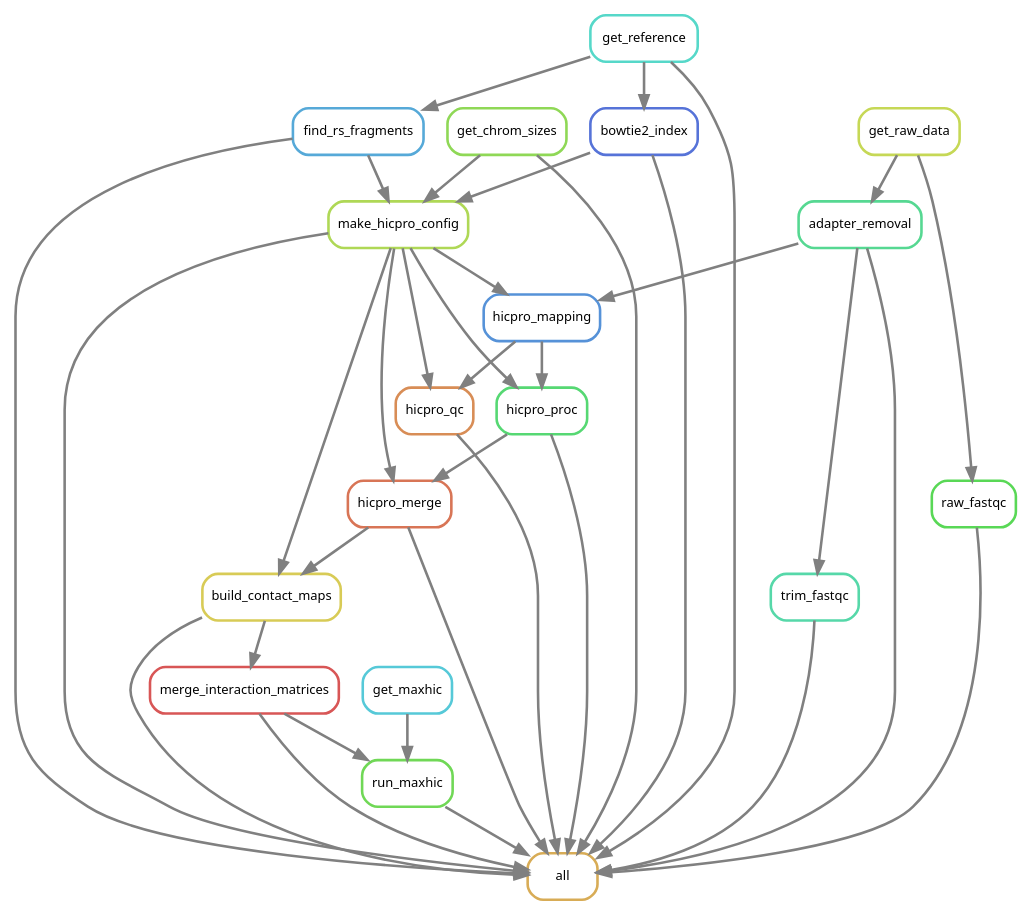
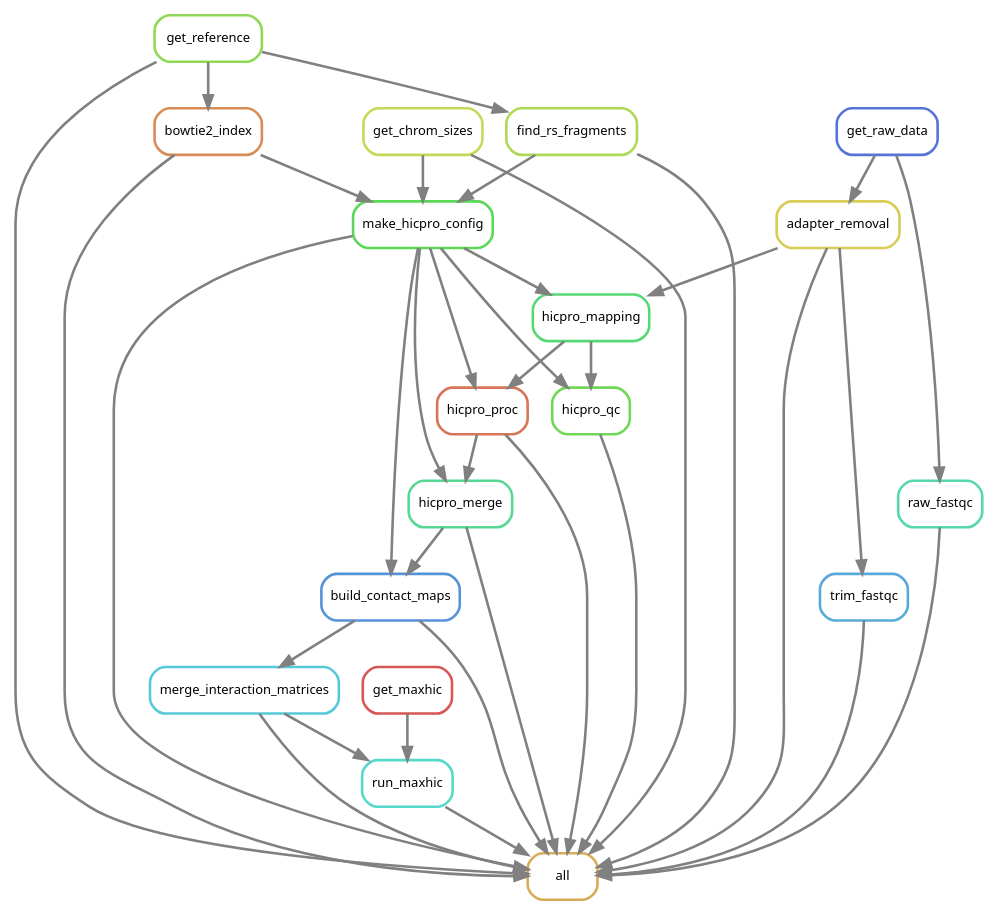
The diagram in output/rulegraph.dot (DRMCRL/ENCODE_T47D_HiC_ENCSR549MGQ), drawn with Graphviz before and after one commit. The commit also changed 2 other files, not shown here.

```diff
--- a/output/rulegraph.dot
+++ b/output/rulegraph.dot
@@ -1,58 +1,58 @@
 digraph snakemake_dag {
     graph[bgcolor=white, margin=0];
     node[shape=box, style=rounded, fontname=sans,                 fontsize=10, penwidth=2];
     edge[penwidth=2, color=grey];
 	0[label = "all", color = "0.11 0.6 0.85", style="rounded"];
-	1[label = "build_contact_maps", color = "0.15 0.6 0.85", style="rounded"];
-	2[label = "bowtie2_index", color = "0.63 0.6 0.85", style="rounded"];
-	3[label = "get_reference", color = "0.48 0.6 0.85", style="rounded"];
-	4[label = "raw_fastqc", color = "0.33 0.6 0.85", style="rounded"];
-	5[label = "adapter_removal", color = "0.41 0.6 0.85", style="rounded"];
-	6[label = "run_maxhic", color = "0.30 0.6 0.85", style="rounded"];
-	7[label = "trim_fastqc", color = "0.44 0.6 0.85", style="rounded"];
-	8[label = "hicpro_merge", color = "0.04 0.6 0.85", style="rounded"];
-	9[label = "make_hicpro_config", color = "0.22 0.6 0.85", style="rounded"];
-	10[label = "hicpro_proc", color = "0.37 0.6 0.85", style="rounded"];
-	11[label = "hicpro_qc", color = "0.07 0.6 0.85", style="rounded"];
-	12[label = "get_chrom_sizes", color = "0.26 0.6 0.85", style="rounded"];
-	13[label = "merge_interaction_matrices", color = "0.00 0.6 0.85", style="rounded"];
-	14[label = "find_rs_fragments", color = "0.56 0.6 0.85", style="rounded"];
-	15[label = "get_raw_data", color = "0.19 0.6 0.85", style="rounded"];
-	16[label = "get_maxhic", color = "0.52 0.6 0.85", style="rounded"];
-	17[label = "hicpro_mapping", color = "0.59 0.6 0.85", style="rounded"];
-	13 -> 0
-	8 -> 0
+	1[label = "build_contact_maps", color = "0.59 0.6 0.85", style="rounded"];
+	2[label = "raw_fastqc", color = "0.44 0.6 0.85", style="rounded"];
+	3[label = "trim_fastqc", color = "0.56 0.6 0.85", style="rounded"];
+	4[label = "bowtie2_index", color = "0.07 0.6 0.85", style="rounded"];
+	5[label = "adapter_removal", color = "0.15 0.6 0.85", style="rounded"];
+	6[label = "get_reference", color = "0.26 0.6 0.85", style="rounded"];
+	7[label = "run_maxhic", color = "0.48 0.6 0.85", style="rounded"];
+	8[label = "merge_interaction_matrices", color = "0.52 0.6 0.85", style="rounded"];
+	9[label = "hicpro_qc", color = "0.30 0.6 0.85", style="rounded"];
+	10[label = "find_rs_fragments", color = "0.22 0.6 0.85", style="rounded"];
+	11[label = "hicpro_proc", color = "0.04 0.6 0.85", style="rounded"];
+	12[label = "hicpro_merge", color = "0.41 0.6 0.85", style="rounded"];
+	13[label = "make_hicpro_config", color = "0.33 0.6 0.85", style="rounded"];
+	14[label = "get_chrom_sizes", color = "0.19 0.6 0.85", style="rounded"];
+	15[label = "get_raw_data", color = "0.63 0.6 0.85", style="rounded"];
+	16[label = "get_maxhic", color = "0.00 0.6 0.85", style="rounded"];
+	17[label = "hicpro_mapping", color = "0.37 0.6 0.85", style="rounded"];
 	11 -> 0
+	4 -> 0
+	5 -> 0
 	9 -> 0
-	12 -> 0
+	10 -> 0
 	6 -> 0
 	14 -> 0
-	4 -> 0
-	10 -> 0
-	5 -> 0
+	12 -> 0
 	7 -> 0
+	13 -> 0
+	2 -> 0
+	8 -> 0
 	3 -> 0
 	1 -> 0
-	2 -> 0
-	9 -> 1
-	8 -> 1
-	3 -> 2
-	15 -> 4
+	12 -> 1
+	13 -> 1
+	15 -> 2
+	5 -> 3
+	6 -> 4
 	15 -> 5
-	13 -> 6
-	16 -> 6
-	5 -> 7
-	10 -> 8
-	9 -> 8
-	14 -> 9
-	12 -> 9
-	2 -> 9
-	17 -> 10
-	9 -> 10
+	8 -> 7
+	16 -> 7
+	1 -> 8
+	13 -> 9
+	17 -> 9
+	6 -> 10
+	13 -> 11
 	17 -> 11
-	9 -> 11
-	1 -> 13
-	3 -> 14
-	9 -> 17
+	11 -> 12
+	13 -> 12
+	10 -> 13
+	4 -> 13
+	14 -> 13
+	13 -> 17
 	5 -> 17
 }            
```
